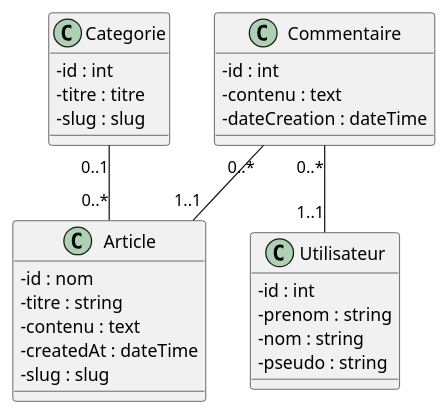
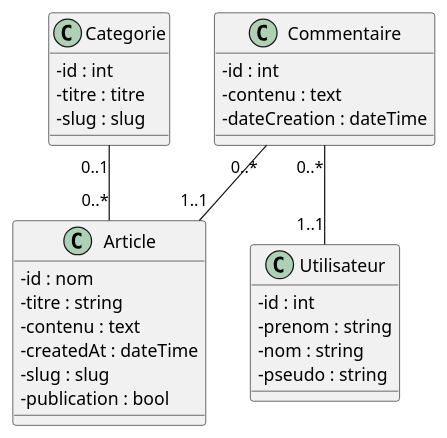
The diagram in documentation/Diagrammedeclasse.puml (Zeqhz/symfonyblog), drawn with PlantUML before and after one commit. The commit also changed 18 other files, not shown here.

```diff
--- a/documentation/Diagrammedeclasse.puml
+++ b/documentation/Diagrammedeclasse.puml
@@ -1,36 +1,37 @@
 @startuml
 'https://plantuml.com/class-diagram
 skinparam classAttributeIconSize 0
 
 
 class Article {
 -id : nom
 -titre : string
 -contenu : text
 -createdAt : dateTime
 -slug : slug
+-publication : bool
 }
 
 class Categorie {
 -id : int
 -titre : titre
 -slug : slug
 }
 Categorie "0..1"--"0..*" Article
 
 class Commentaire {
 -id : int
 -contenu : text
 -dateCreation : dateTime
 }
 Commentaire "0..*"--"1..1" Article
 
 class Utilisateur {
 -id : int
 -prenom : string
 -nom : string
 -pseudo : string
 }
 Commentaire "0..*"--"1..1" Utilisateur
 
 @enduml
```
